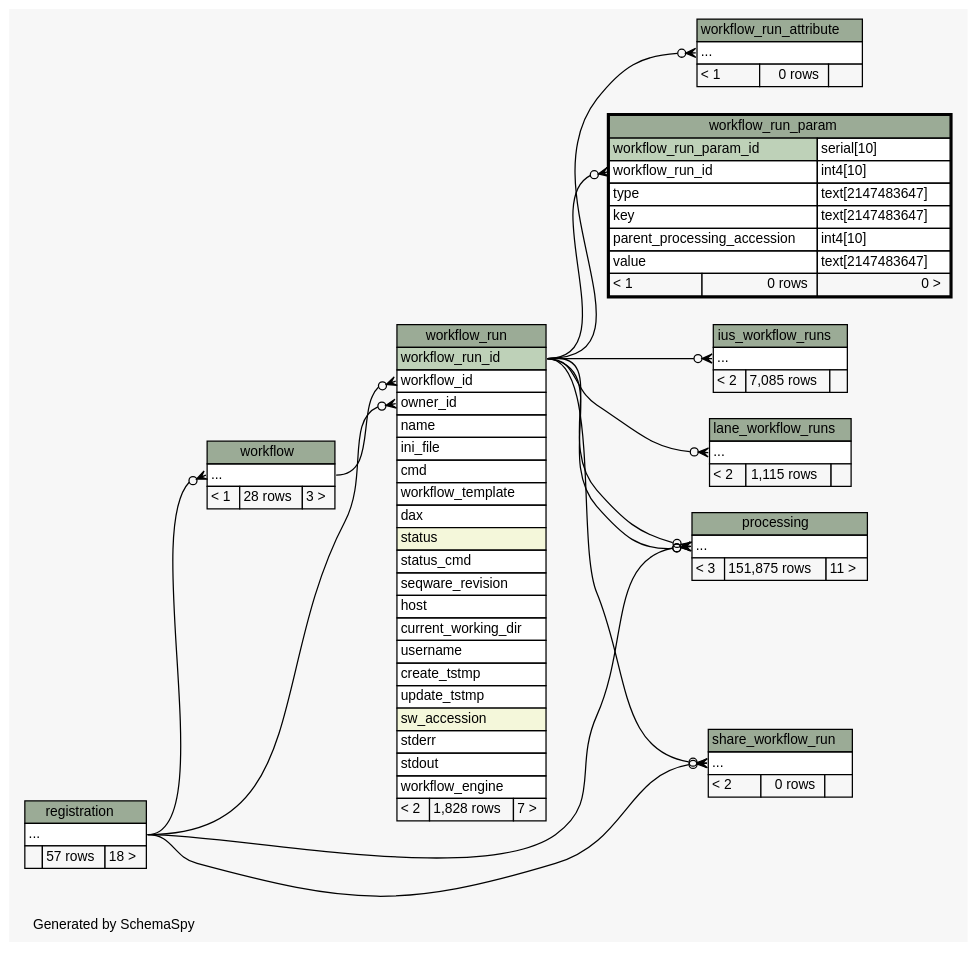
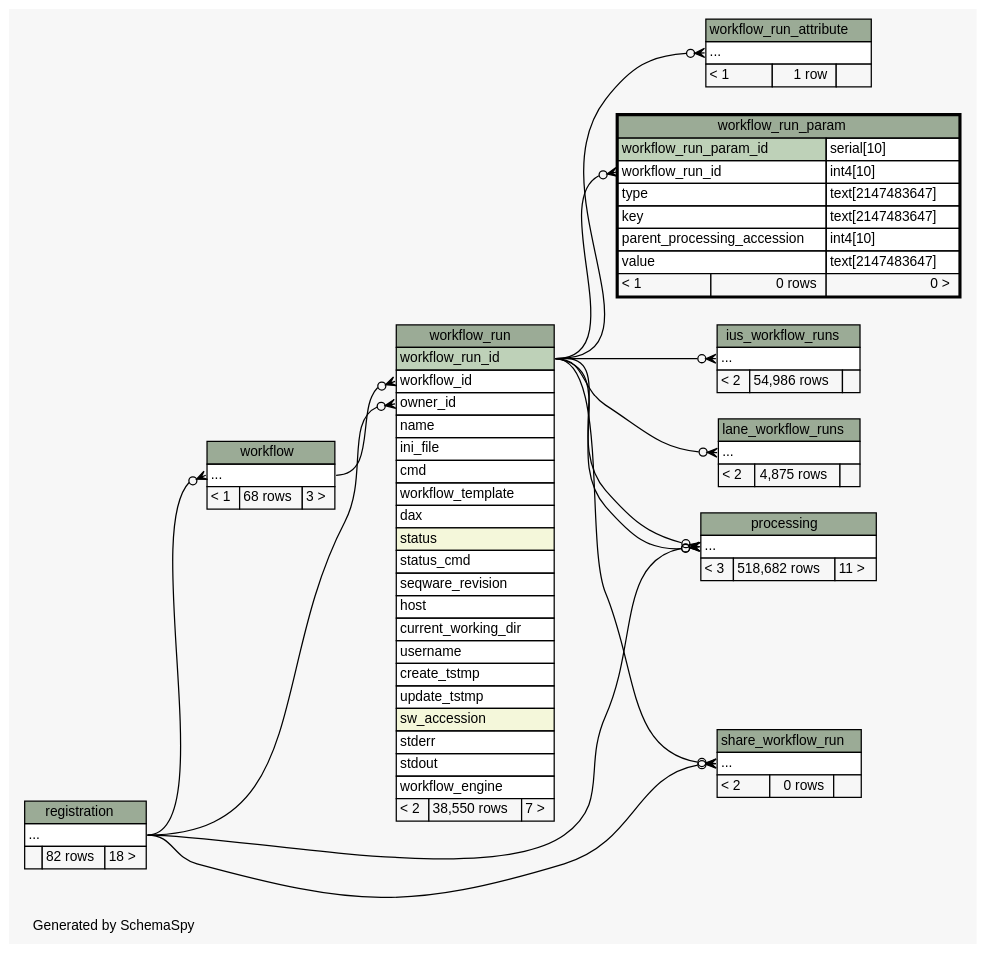
Before and after one commit to SeqWare/seqware.github.com: the diagram in metadb-schema/diagrams/workflow_run_param.2degrees.dot, drawn with Graphviz. The commit also changed 365 other files, not shown here.

Commit message:
Refresh dbschema docs

```diff
--- a/metadb-schema/diagrams/workflow_run_param.2degrees.dot
+++ b/metadb-schema/diagrams/workflow_run_param.2degrees.dot
@@ -1,148 +1,148 @@
-// dot 2.32.0 on Mac OS X 10.8.3
+// dot 2.26.3 on Linux 3.5.0-47-generic
 // SchemaSpy rev 590
 digraph "twoDegreesRelationshipsDiagram" {
   graph [
     rankdir="RL"
     bgcolor="#f7f7f7"
     label="\nGenerated by SchemaSpy"
     labeljust="l"
     nodesep="0.18"
     ranksep="0.46"
     fontname="Helvetica"
     fontsize="11"
   ];
   node [
     fontname="Helvetica"
     fontsize="11"
     shape="plaintext"
   ];
   edge [
     arrowsize="0.8"
   ];
   "ius_workflow_runs":"elipses":w -> "workflow_run":"workflow_run_id":e [arrowhead=none dir=back arrowtail=crowodot];
   "lane_workflow_runs":"elipses":w -> "workflow_run":"workflow_run_id":e [arrowhead=none dir=back arrowtail=crowodot];
   "processing":"elipses":w -> "workflow_run":"workflow_run_id":e [arrowhead=none dir=back arrowtail=crowodot];
   "processing":"elipses":w -> "registration":"elipses":e [arrowhead=none dir=back arrowtail=crowodot];
   "processing":"elipses":w -> "workflow_run":"workflow_run_id":e [arrowhead=none dir=back arrowtail=crowodot];
   "share_workflow_run":"elipses":w -> "registration":"elipses":e [arrowhead=none dir=back arrowtail=crowodot];
   "share_workflow_run":"elipses":w -> "workflow_run":"workflow_run_id":e [arrowhead=none dir=back arrowtail=crowodot];
   "workflow":"elipses":w -> "registration":"elipses":e [arrowhead=none dir=back arrowtail=crowodot];
   "workflow_run":"owner_id":w -> "registration":"elipses":e [arrowhead=none dir=back arrowtail=crowodot];
   "workflow_run":"workflow_id":w -> "workflow":"elipses":e [arrowhead=none dir=back arrowtail=crowodot];
   "workflow_run_attribute":"elipses":w -> "workflow_run":"workflow_run_id":e [arrowhead=none dir=back arrowtail=crowodot];
   "workflow_run_param":"workflow_run_id":w -> "workflow_run":"workflow_run_id":e [arrowhead=none dir=back arrowtail=crowodot];
   "ius_workflow_runs" [
     label=<
     <TABLE BORDER="0" CELLBORDER="1" CELLSPACING="0" BGCOLOR="#ffffff">
       <TR><TD COLSPAN="3" BGCOLOR="#9bab96" ALIGN="CENTER">ius_workflow_runs</TD></TR>
       <TR><TD PORT="elipses" COLSPAN="3" ALIGN="LEFT">...</TD></TR>
-      <TR><TD ALIGN="LEFT" BGCOLOR="#f7f7f7">&lt; 2</TD><TD ALIGN="RIGHT" BGCOLOR="#f7f7f7">7,085 rows</TD><TD ALIGN="RIGHT" BGCOLOR="#f7f7f7">  </TD></TR>
+      <TR><TD ALIGN="LEFT" BGCOLOR="#f7f7f7">&lt; 2</TD><TD ALIGN="RIGHT" BGCOLOR="#f7f7f7">54,986 rows</TD><TD ALIGN="RIGHT" BGCOLOR="#f7f7f7">  </TD></TR>
     </TABLE>>
     URL="ius_workflow_runs.html"
     tooltip="ius_workflow_runs"
   ];
   "lane_workflow_runs" [
     label=<
     <TABLE BORDER="0" CELLBORDER="1" CELLSPACING="0" BGCOLOR="#ffffff">
       <TR><TD COLSPAN="3" BGCOLOR="#9bab96" ALIGN="CENTER">lane_workflow_runs</TD></TR>
       <TR><TD PORT="elipses" COLSPAN="3" ALIGN="LEFT">...</TD></TR>
-      <TR><TD ALIGN="LEFT" BGCOLOR="#f7f7f7">&lt; 2</TD><TD ALIGN="RIGHT" BGCOLOR="#f7f7f7">1,115 rows</TD><TD ALIGN="RIGHT" BGCOLOR="#f7f7f7">  </TD></TR>
+      <TR><TD ALIGN="LEFT" BGCOLOR="#f7f7f7">&lt; 2</TD><TD ALIGN="RIGHT" BGCOLOR="#f7f7f7">4,875 rows</TD><TD ALIGN="RIGHT" BGCOLOR="#f7f7f7">  </TD></TR>
     </TABLE>>
     URL="lane_workflow_runs.html"
     tooltip="lane_workflow_runs"
   ];
   "processing" [
     label=<
     <TABLE BORDER="0" CELLBORDER="1" CELLSPACING="0" BGCOLOR="#ffffff">
       <TR><TD COLSPAN="3" BGCOLOR="#9bab96" ALIGN="CENTER">processing</TD></TR>
       <TR><TD PORT="elipses" COLSPAN="3" ALIGN="LEFT">...</TD></TR>
-      <TR><TD ALIGN="LEFT" BGCOLOR="#f7f7f7">&lt; 3</TD><TD ALIGN="RIGHT" BGCOLOR="#f7f7f7">151,875 rows</TD><TD ALIGN="RIGHT" BGCOLOR="#f7f7f7">11 &gt;</TD></TR>
+      <TR><TD ALIGN="LEFT" BGCOLOR="#f7f7f7">&lt; 3</TD><TD ALIGN="RIGHT" BGCOLOR="#f7f7f7">518,682 rows</TD><TD ALIGN="RIGHT" BGCOLOR="#f7f7f7">11 &gt;</TD></TR>
     </TABLE>>
     URL="processing.html"
     tooltip="processing"
   ];
   "registration" [
     label=<
     <TABLE BORDER="0" CELLBORDER="1" CELLSPACING="0" BGCOLOR="#ffffff">
       <TR><TD COLSPAN="3" BGCOLOR="#9bab96" ALIGN="CENTER">registration</TD></TR>
       <TR><TD PORT="elipses" COLSPAN="3" ALIGN="LEFT">...</TD></TR>
-      <TR><TD ALIGN="LEFT" BGCOLOR="#f7f7f7">  </TD><TD ALIGN="RIGHT" BGCOLOR="#f7f7f7">57 rows</TD><TD ALIGN="RIGHT" BGCOLOR="#f7f7f7">18 &gt;</TD></TR>
+      <TR><TD ALIGN="LEFT" BGCOLOR="#f7f7f7">  </TD><TD ALIGN="RIGHT" BGCOLOR="#f7f7f7">82 rows</TD><TD ALIGN="RIGHT" BGCOLOR="#f7f7f7">18 &gt;</TD></TR>
     </TABLE>>
     URL="registration.html"
     tooltip="registration"
   ];
   "share_workflow_run" [
     label=<
     <TABLE BORDER="0" CELLBORDER="1" CELLSPACING="0" BGCOLOR="#ffffff">
       <TR><TD COLSPAN="3" BGCOLOR="#9bab96" ALIGN="CENTER">share_workflow_run</TD></TR>
       <TR><TD PORT="elipses" COLSPAN="3" ALIGN="LEFT">...</TD></TR>
       <TR><TD ALIGN="LEFT" BGCOLOR="#f7f7f7">&lt; 2</TD><TD ALIGN="RIGHT" BGCOLOR="#f7f7f7">0 rows</TD><TD ALIGN="RIGHT" BGCOLOR="#f7f7f7">  </TD></TR>
     </TABLE>>
     URL="share_workflow_run.html"
     tooltip="share_workflow_run"
   ];
   "workflow" [
     label=<
     <TABLE BORDER="0" CELLBORDER="1" CELLSPACING="0" BGCOLOR="#ffffff">
       <TR><TD COLSPAN="3" BGCOLOR="#9bab96" ALIGN="CENTER">workflow</TD></TR>
       <TR><TD PORT="elipses" COLSPAN="3" ALIGN="LEFT">...</TD></TR>
-      <TR><TD ALIGN="LEFT" BGCOLOR="#f7f7f7">&lt; 1</TD><TD ALIGN="RIGHT" BGCOLOR="#f7f7f7">28 rows</TD><TD ALIGN="RIGHT" BGCOLOR="#f7f7f7">3 &gt;</TD></TR>
+      <TR><TD ALIGN="LEFT" BGCOLOR="#f7f7f7">&lt; 1</TD><TD ALIGN="RIGHT" BGCOLOR="#f7f7f7">68 rows</TD><TD ALIGN="RIGHT" BGCOLOR="#f7f7f7">3 &gt;</TD></TR>
     </TABLE>>
     URL="workflow.html"
     tooltip="workflow"
   ];
   "workflow_run" [
     label=<
     <TABLE BORDER="0" CELLBORDER="1" CELLSPACING="0" BGCOLOR="#ffffff">
       <TR><TD COLSPAN="3" BGCOLOR="#9bab96" ALIGN="CENTER">workflow_run</TD></TR>
       <TR><TD PORT="workflow_run_id" COLSPAN="3" BGCOLOR="#bed1b8" ALIGN="LEFT">workflow_run_id</TD></TR>
       <TR><TD PORT="workflow_id" COLSPAN="3" ALIGN="LEFT">workflow_id</TD></TR>
       <TR><TD PORT="owner_id" COLSPAN="3" ALIGN="LEFT">owner_id</TD></TR>
       <TR><TD PORT="name" COLSPAN="3" ALIGN="LEFT">name</TD></TR>
       <TR><TD PORT="ini_file" COLSPAN="3" ALIGN="LEFT">ini_file</TD></TR>
       <TR><TD PORT="cmd" COLSPAN="3" ALIGN="LEFT">cmd</TD></TR>
       <TR><TD PORT="workflow_template" COLSPAN="3" ALIGN="LEFT">workflow_template</TD></TR>
       <TR><TD PORT="dax" COLSPAN="3" ALIGN="LEFT">dax</TD></TR>
       <TR><TD PORT="status" COLSPAN="3" BGCOLOR="#f4f7da" ALIGN="LEFT">status</TD></TR>
       <TR><TD PORT="status_cmd" COLSPAN="3" ALIGN="LEFT">status_cmd</TD></TR>
       <TR><TD PORT="seqware_revision" COLSPAN="3" ALIGN="LEFT">seqware_revision</TD></TR>
       <TR><TD PORT="host" COLSPAN="3" ALIGN="LEFT">host</TD></TR>
       <TR><TD PORT="current_working_dir" COLSPAN="3" ALIGN="LEFT">current_working_dir</TD></TR>
       <TR><TD PORT="username" COLSPAN="3" ALIGN="LEFT">username</TD></TR>
       <TR><TD PORT="create_tstmp" COLSPAN="3" ALIGN="LEFT">create_tstmp</TD></TR>
       <TR><TD PORT="update_tstmp" COLSPAN="3" ALIGN="LEFT">update_tstmp</TD></TR>
       <TR><TD PORT="sw_accession" COLSPAN="3" BGCOLOR="#f4f7da" ALIGN="LEFT">sw_accession</TD></TR>
       <TR><TD PORT="stderr" COLSPAN="3" ALIGN="LEFT">stderr</TD></TR>
       <TR><TD PORT="stdout" COLSPAN="3" ALIGN="LEFT">stdout</TD></TR>
       <TR><TD PORT="workflow_engine" COLSPAN="3" ALIGN="LEFT">workflow_engine</TD></TR>
-      <TR><TD ALIGN="LEFT" BGCOLOR="#f7f7f7">&lt; 2</TD><TD ALIGN="RIGHT" BGCOLOR="#f7f7f7">1,828 rows</TD><TD ALIGN="RIGHT" BGCOLOR="#f7f7f7">7 &gt;</TD></TR>
+      <TR><TD ALIGN="LEFT" BGCOLOR="#f7f7f7">&lt; 2</TD><TD ALIGN="RIGHT" BGCOLOR="#f7f7f7">38,550 rows</TD><TD ALIGN="RIGHT" BGCOLOR="#f7f7f7">7 &gt;</TD></TR>
     </TABLE>>
     URL="workflow_run.html"
     tooltip="workflow_run"
   ];
   "workflow_run_attribute" [
     label=<
     <TABLE BORDER="0" CELLBORDER="1" CELLSPACING="0" BGCOLOR="#ffffff">
       <TR><TD COLSPAN="3" BGCOLOR="#9bab96" ALIGN="CENTER">workflow_run_attribute</TD></TR>
       <TR><TD PORT="elipses" COLSPAN="3" ALIGN="LEFT">...</TD></TR>
-      <TR><TD ALIGN="LEFT" BGCOLOR="#f7f7f7">&lt; 1</TD><TD ALIGN="RIGHT" BGCOLOR="#f7f7f7">0 rows</TD><TD ALIGN="RIGHT" BGCOLOR="#f7f7f7">  </TD></TR>
+      <TR><TD ALIGN="LEFT" BGCOLOR="#f7f7f7">&lt; 1</TD><TD ALIGN="RIGHT" BGCOLOR="#f7f7f7">1 row</TD><TD ALIGN="RIGHT" BGCOLOR="#f7f7f7">  </TD></TR>
     </TABLE>>
     URL="workflow_run_attribute.html"
     tooltip="workflow_run_attribute"
   ];
   "workflow_run_param" [
     label=<
     <TABLE BORDER="2" CELLBORDER="1" CELLSPACING="0" BGCOLOR="#ffffff">
       <TR><TD COLSPAN="3" BGCOLOR="#9bab96" ALIGN="CENTER">workflow_run_param</TD></TR>
       <TR><TD PORT="workflow_run_param_id" COLSPAN="2" BGCOLOR="#bed1b8" ALIGN="LEFT">workflow_run_param_id</TD><TD PORT="workflow_run_param_id.type" ALIGN="LEFT">serial[10]</TD></TR>
       <TR><TD PORT="workflow_run_id" COLSPAN="2" ALIGN="LEFT">workflow_run_id</TD><TD PORT="workflow_run_id.type" ALIGN="LEFT">int4[10]</TD></TR>
       <TR><TD PORT="type" COLSPAN="2" ALIGN="LEFT">type</TD><TD PORT="type.type" ALIGN="LEFT">text[2147483647]</TD></TR>
       <TR><TD PORT="key" COLSPAN="2" ALIGN="LEFT">key</TD><TD PORT="key.type" ALIGN="LEFT">text[2147483647]</TD></TR>
       <TR><TD PORT="parent_processing_accession" COLSPAN="2" ALIGN="LEFT">parent_processing_accession</TD><TD PORT="parent_processing_accession.type" ALIGN="LEFT">int4[10]</TD></TR>
       <TR><TD PORT="value" COLSPAN="2" ALIGN="LEFT">value</TD><TD PORT="value.type" ALIGN="LEFT">text[2147483647]</TD></TR>
       <TR><TD ALIGN="LEFT" BGCOLOR="#f7f7f7">&lt; 1</TD><TD ALIGN="RIGHT" BGCOLOR="#f7f7f7">0 rows</TD><TD ALIGN="RIGHT" BGCOLOR="#f7f7f7">0 &gt;</TD></TR>
     </TABLE>>
     URL="workflow_run_param.html"
     tooltip="workflow_run_param"
   ];
 }
```
